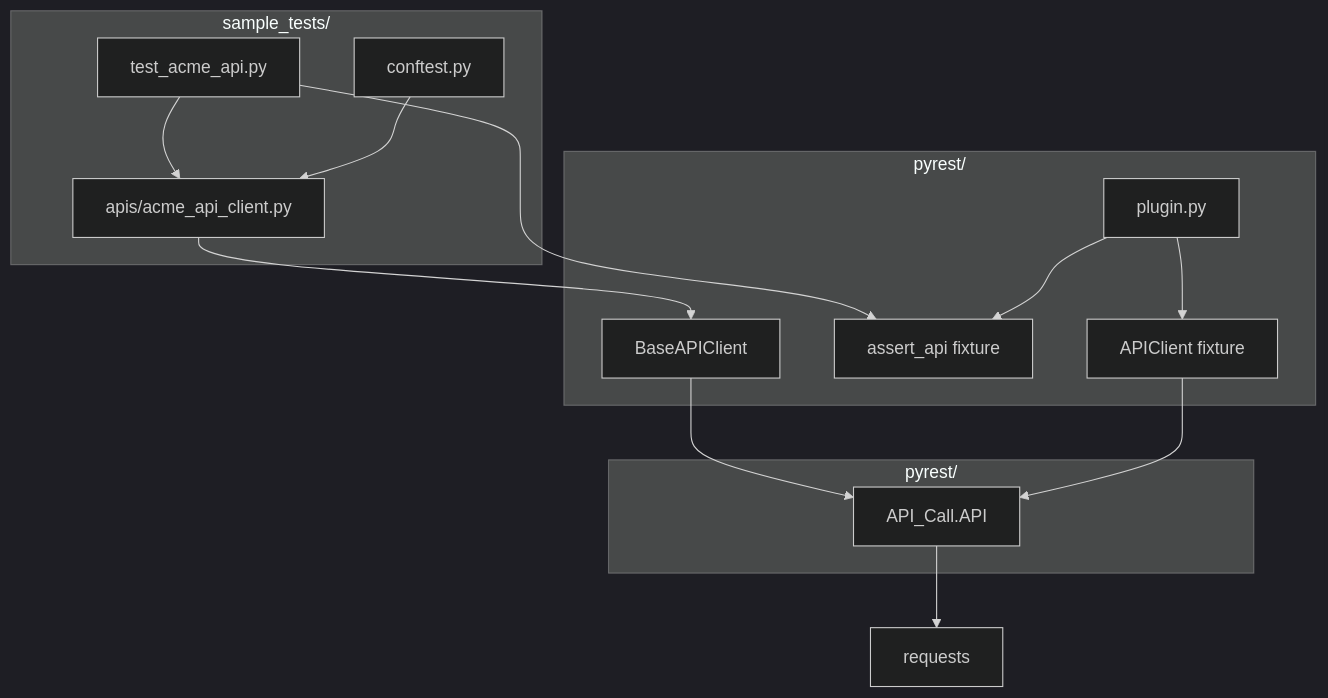
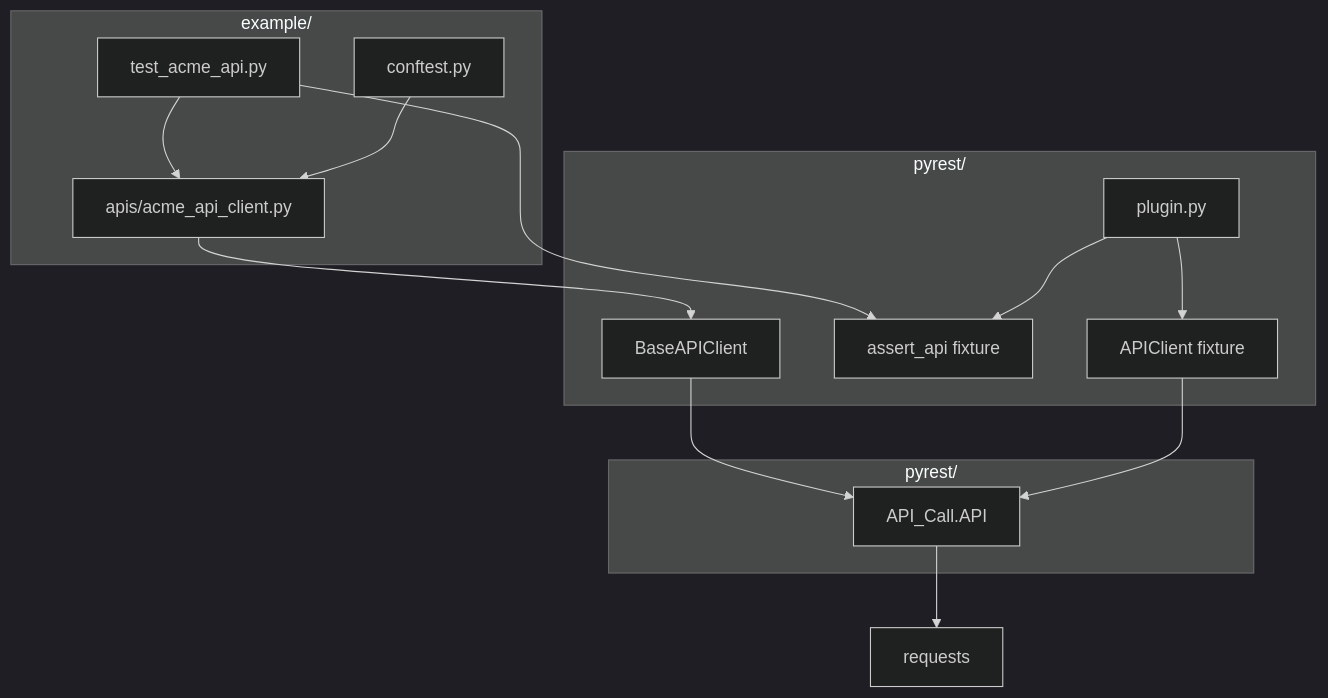
Before and after one commit to Persnickety-Rose/spat: the diagram in docs/ADDING_APIS.md, drawn with Mermaid (dark theme). The commit also changed other lines of this file and 14 other files, not shown here.

````diff
--- a/docs/ADDING_APIS.md
+++ b/docs/ADDING_APIS.md
@@ -349,29 +349,29 @@
 ```mermaid
 flowchart TB
-    subgraph tests [sample_tests/]
+    subgraph tests [example/]
         T[test_acme_api.py]
         C[conftest.py]
         CL[apis/acme_api_client.py]
     end
 
     subgraph plugin [pyrest/]
         P[plugin.py]
         AC[APIClient fixture]
         AA[assert_api fixture]
         BC[BaseAPIClient]
     end
 
     subgraph core [pyrest/]
         API[API_Call.API]
     end
 
     T --> CL
     T --> AA
     C --> CL
     CL --> BC
     BC --> API
     AC --> API
     P --> AC
     P --> AA
     API --> REQ[requests]
 ```
````
